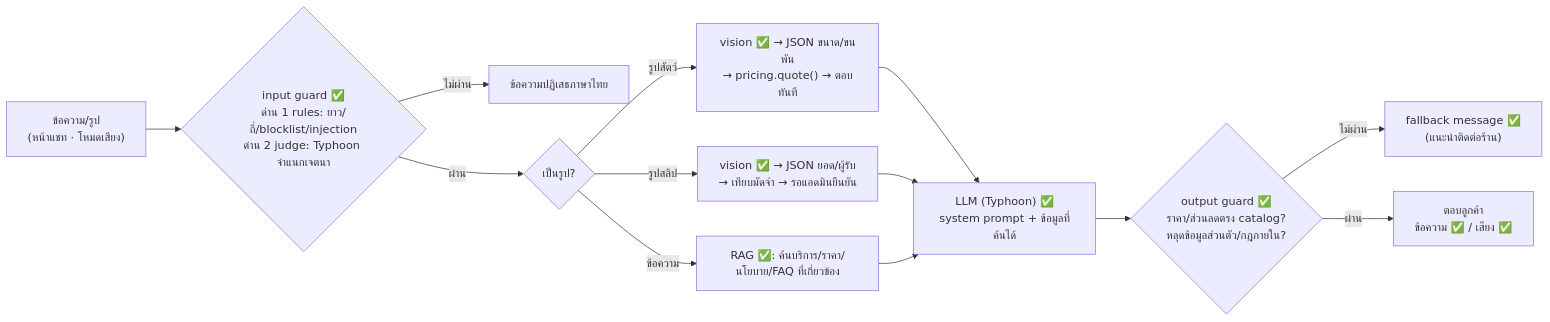
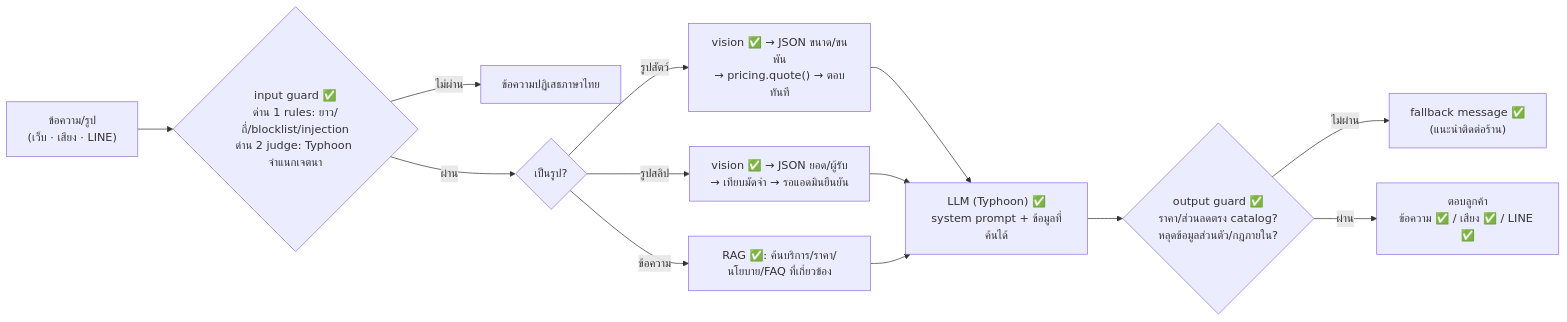
The third of 4 diagrams in docs/system-architecture.md (Myname30275/Project-chatbot), drawn with Mermaid before and after one commit. The commit also changed other lines of this file and 2 other files, not shown here.

First line of the commit message:
Put the LINE OA channel back in the docs as built

````diff
--- a/docs/system-architecture.md
+++ b/docs/system-architecture.md
@@ -204,15 +209,15 @@
 ```mermaid
 flowchart LR
-    M["ข้อความ/รูป<br/>(หน้าแชท · โหมดเสียง)"] --> G1{"input guard ✅<br/>ด่าน 1 rules: ยาว/ถี่/blocklist/injection<br/>ด่าน 2 judge: Typhoon จำแนกเจตนา"}
+    M["ข้อความ/รูป<br/>(เว็บ · เสียง · LINE)"] --> G1{"input guard ✅<br/>ด่าน 1 rules: ยาว/ถี่/blocklist/injection<br/>ด่าน 2 judge: Typhoon จำแนกเจตนา"}
     G1 -- ไม่ผ่าน --> R1["ข้อความปฏิเสธภาษาไทย"]
     G1 -- ผ่าน --> K{"เป็นรูป?"}
     K -- รูปสัตว์ --> P["vision ✅ → JSON ขนาด/ขนพัน<br/>→ pricing.quote() → ตอบทันที"]
     K -- รูปสลิป --> S["vision ✅ → JSON ยอด/ผู้รับ<br/>→ เทียบมัดจำ → รอแอดมินยืนยัน"]
     K -- ข้อความ --> Q["RAG ✅: ค้นบริการ/ราคา/นโยบาย/FAQ ที่เกี่ยวข้อง"]
     P --> L["LLM (Typhoon) ✅<br/>system prompt + ข้อมูลที่ค้นได้"]
     S --> L
     Q --> L
     L --> G2{"output guard ✅<br/>ราคา/ส่วนลดตรง catalog?<br/>หลุดข้อมูลส่วนตัว/กฎภายใน?"}
     G2 -- ไม่ผ่าน --> R2["fallback message ✅<br/>(แนะนำติดต่อร้าน)"]
-    G2 -- ผ่าน --> OUT["ตอบลูกค้า<br/>ข้อความ ✅ / เสียง ✅"]
+    G2 -- ผ่าน --> OUT["ตอบลูกค้า<br/>ข้อความ ✅ / เสียง ✅ / LINE ✅"]
 ```
````
